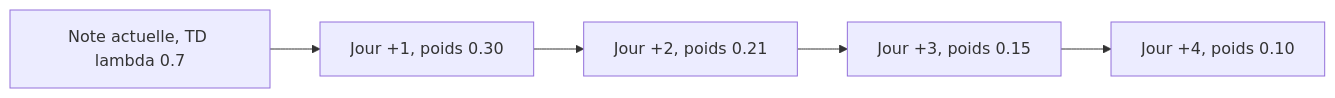
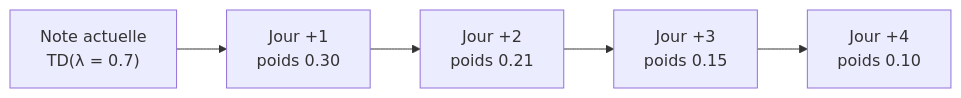
Before and after one commit to haythem-rehouma/G1266: the fourth of 6 diagrams in 02-apprentissage-par-renforcement/P16-Pratique 2 de révision du deuxieme quart du cours/PRATIQUE9/02.md, drawn with Mermaid. The commit also changed other lines of this file, not shown here.

````diff
--- a/02-apprentissage-par-renforcement/P16-Pratique 2 de révision du deuxieme quart du cours/PRATIQUE9/02.md
+++ b/02-apprentissage-par-renforcement/P16-Pratique 2 de révision du deuxieme quart du cours/PRATIQUE9/02.md
@@ -57,7 +59,7 @@
 ```mermaid
 flowchart LR
-    A[Note actuelle, TD lambda 0.7] --> J1[Jour +1, poids 0.30]
-    J1 --> J2[Jour +2, poids 0.21]
-    J2 --> J3[Jour +3, poids 0.15]
-    J3 --> J4[Jour +4, poids 0.10]
+    A["Note actuelle<br>TD(λ = 0.7)"] --> J1["Jour +1<br>poids 0.30"]
+    J1 --> J2["Jour +2<br>poids 0.21"]
+    J2 --> J3["Jour +3<br>poids 0.15"]
+    J3 --> J4["Jour +4<br>poids 0.10"]
 ```
````
